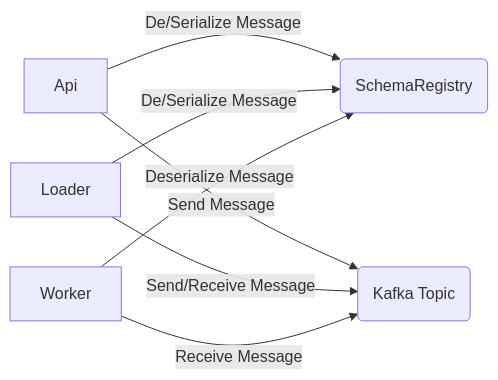
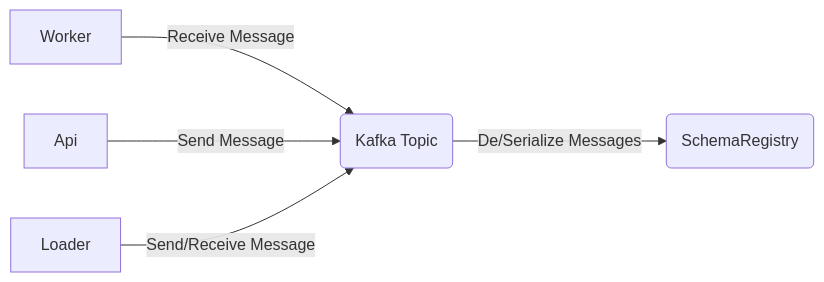
One commit to luanmds/kafka-dotnet-study changed the first of 3 diagrams in sample-02/README.md. Above: the diagram before and after it, drawn with Mermaid. The commit also changed other lines of this file, not shown here.

````diff
--- a/sample-02/README.md
+++ b/sample-02/README.md
@@ -22,12 +22,15 @@
 ```mermaid
     flowchart LR
+        A[Api]
+        D[Loader]
+        E[Worker]
         B(SchemaRegistry)
-        C(Kafka Topic) 
-        A[Api] -->|De/Serialize Message| B
-        A[Api] -->|Send Message <br/>| C 
-        D[Loader] -->|Send/Receive Message| C
-        D[Loader] -->|De/Serialize Message| B 
-        E[Worker] -->|Receive Message| C
-        E[Worker] -->|Deserialize Message| B 
+        C(Kafka Topic)
+        
+        E -->|Receive Message| C
+        A -->|Send Message <br/>| C 
+        D -->|Send/Receive Message| C
+
+        C --> |De/Serialize Messages| B       
 
 ```
````
